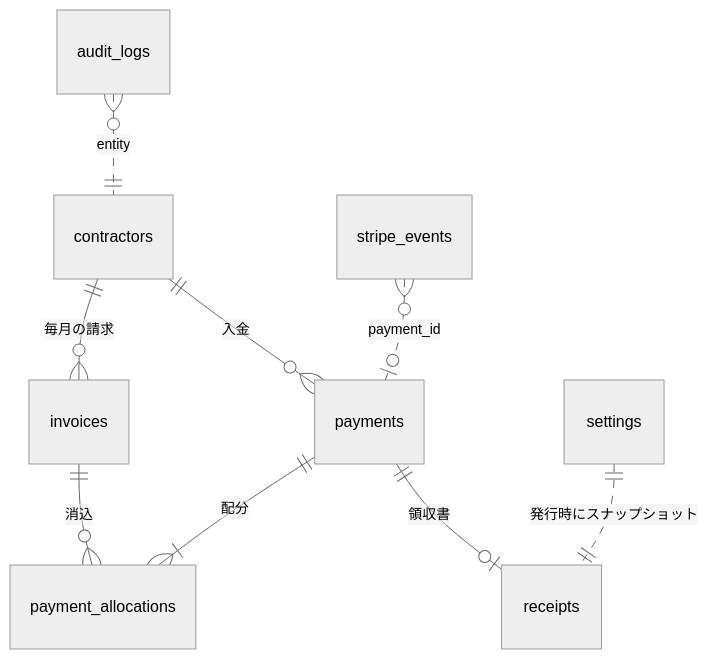
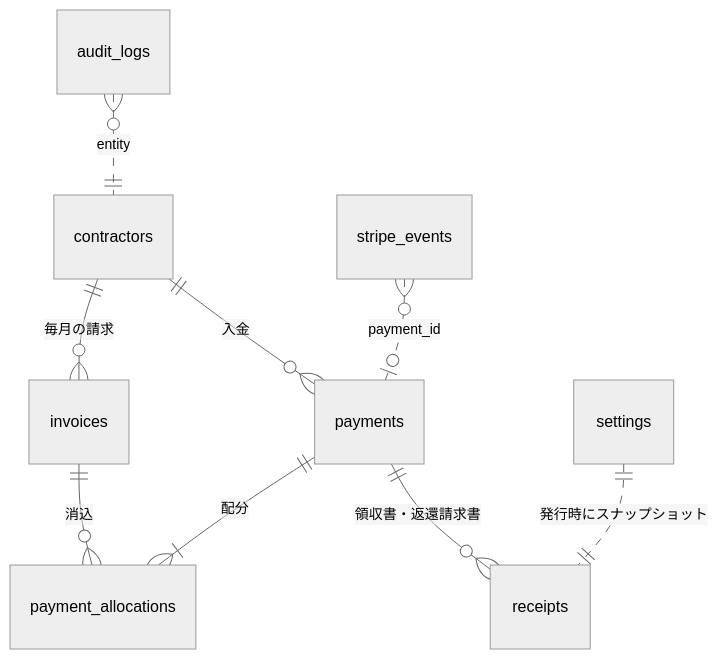
Before and after one commit to hiraku00/parking-management: the first of 3 diagrams in docs/design/04-data-model.md, drawn with Mermaid (neutral theme). The commit also changed other lines of this file and 64 other files, not shown here.

````diff
--- a/docs/design/04-data-model.md
+++ b/docs/design/04-data-model.md
@@ -5,11 +5,11 @@
 ```mermaid
 erDiagram
   contractors ||--o{ invoices : "毎月の請求"
   contractors ||--o{ payments : "入金"
   payments ||--|{ payment_allocations : "配分"
   invoices ||--o{ payment_allocations : "消込"
-  payments ||--o| receipts : "領収書"
+  payments ||--o{ receipts : "領収書・返還請求書"
   settings ||..|| receipts : "発行時にスナップショット"
   audit_logs }o..|| contractors : "entity"
   stripe_events }o..o| payments : "payment_id"
 ```
````
